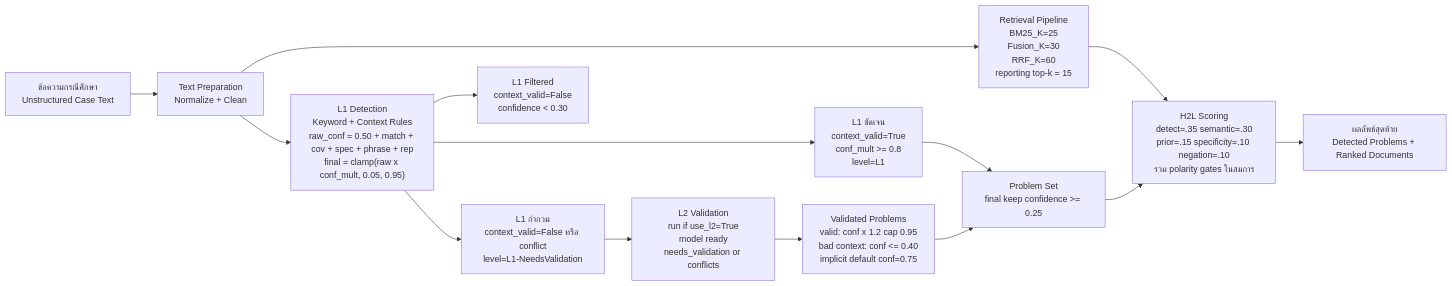
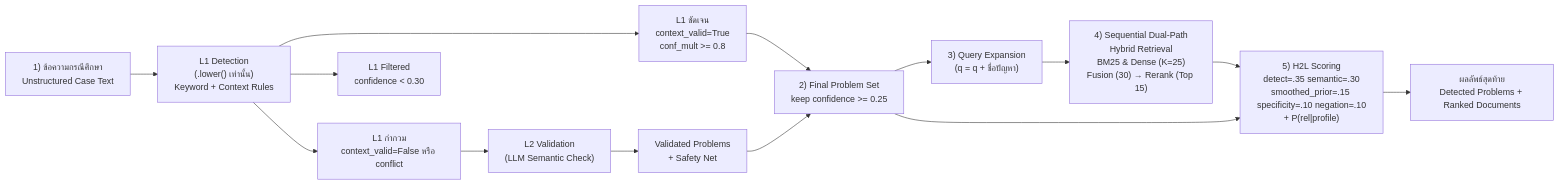
The first of 9 diagrams in md_report/thesis_full_ch3_methodology.md (Mickeychay/thesis_one-), drawn with Mermaid before and after one commit. The commit also changed other lines of this file and 55 other files, not shown here.

````diff
--- a/md_report/thesis_full_ch3_methodology.md
+++ b/md_report/thesis_full_ch3_methodology.md
@@ -19,16 +19,16 @@
 ```mermaid
 flowchart LR
-    A["ข้อความกรณีศึกษา<br/>Unstructured Case Text"] --> B["Text Preparation<br/>Normalize + Clean"]
-    B --> C["L1 Detection<br/>Keyword + Context Rules<br/>raw_conf = 0.50 + match + cov + spec + phrase + rep<br/>final = clamp(raw x conf_mult, 0.05, 0.95)"]
-    C --> D1["L1 ชัดเจน<br/>context_valid=True<br/>conf_mult >= 0.8<br/>level=L1"]
-    C --> D2["L1 กำกวม<br/>context_valid=False หรือ conflict<br/>level=L1-NeedsValidation"]
-    C --> D3["L1 Filtered<br/>context_valid=False<br/>confidence &lt; 0.30"]
-    D2 --> E["L2 Validation<br/>run if use_l2=True<br/>model ready<br/>needs_validation or conflicts"]
-    E --> F["Validated Problems<br/>valid: conf x 1.2 cap 0.95<br/>bad context: conf &lt;= 0.40<br/>implicit default conf=0.75"]
-    D1 --> G["Problem Set<br/>final keep confidence >= 0.25"]
+    A["1) ข้อความกรณีศึกษา<br/>Unstructured Case Text"] --> C["L1 Detection<br/>(.lower() เท่านั้น)<br/>Keyword + Context Rules"]
+    C --> D1["L1 ชัดเจน<br/>context_valid=True<br/>conf_mult >= 0.8"]
+    C --> D2["L1 กำกวม<br/>context_valid=False หรือ conflict"]
+    C --> D3["L1 Filtered<br/>confidence < 0.30"]
+    D2 --> E["L2 Validation<br/>(LLM Semantic Check)"]
+    E --> F["Validated Problems<br/>+ Safety Net"]
+    D1 --> G["2) Final Problem Set<br/>keep confidence >= 0.25"]
     F --> G
-    B --> H["Retrieval Pipeline<br/>BM25_K=25<br/>Fusion_K=30<br/>RRF_K=60<br/>reporting top-k = 15"]
-    H --> I["H2L Scoring<br/>detect=.35 semantic=.30<br/>prior=.15 specificity=.10 negation=.10<br/>รวม polarity gates ในสมการ"]
+    G --> QE["3) Query Expansion<br/>(q = q + ชื่อปัญหา)"]
+    QE --> H["4) Sequential Dual-Path<br/>Hybrid Retrieval<br/>BM25 & Dense (K=25)<br/>Fusion (30) → Rerank (Top 15)"]
+    H --> I["5) H2L Scoring<br/>detect=.35 semantic=.30<br/>smoothed_prior=.15 specificity=.10 negation=.10<br/>+ P(rel|profile)"]
     G --> I
     I --> K["ผลลัพธ์สุดท้าย<br/>Detected Problems + Ranked Documents"]
 ```
````
